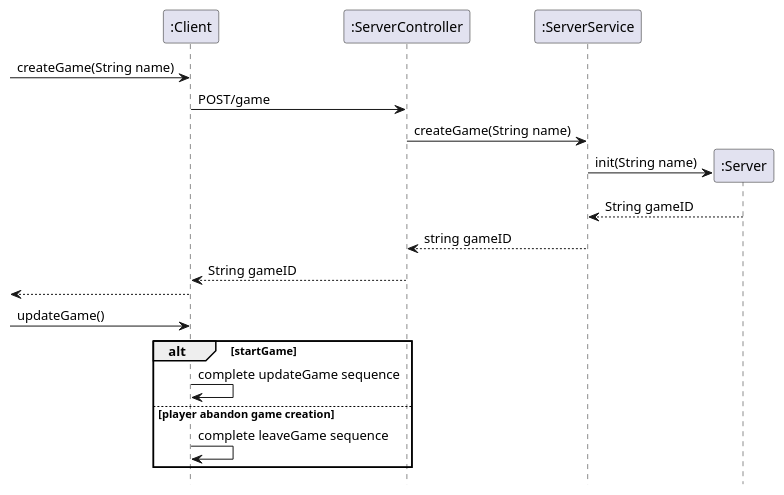
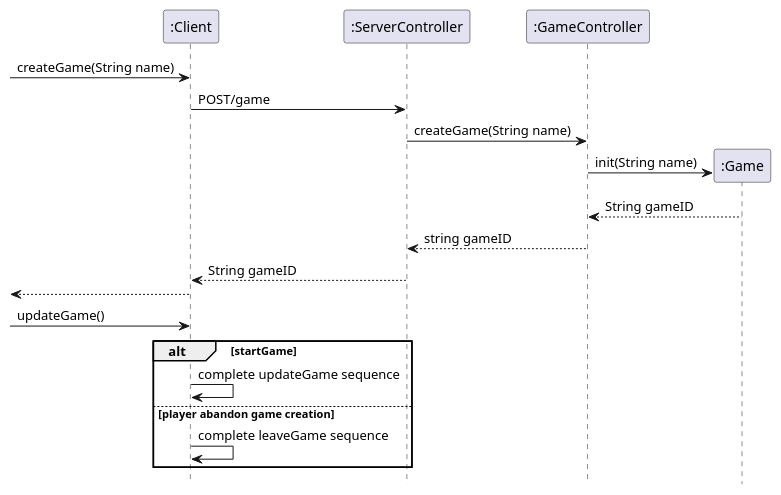
The diagram in diagrams/Server SSD's/Create_Game.puml (MikaelFangel/RoboRally), drawn with PlantUML before and after one commit. The commit also changed 7 other files, not shown here.

```diff
--- a/diagrams/Server SSD's/Create_Game.puml
+++ b/diagrams/Server SSD's/Create_Game.puml
@@ -1,26 +1,26 @@
 @startuml
 'https://plantuml.com/sequence-diagram
 
 hide footbox
 
 Participant ":Client" as client
 Participant ":ServerController" as server
-Participant ":ServerService" as service
-participant ":Server" as game
+Participant ":GameController" as gameController
+participant ":Game" as game
 
 -> client : createGame(String name)
 client -> server : POST/game
-server -> service : createGame(String name)
-service -> game ** : init(String name)
-service <-- game : String gameID
-server <-- service : string gameID
+server -> gameController : createGame(String name)
+gameController -> game ** : init(String name)
+gameController <-- game : String gameID
+server <-- gameController : string gameID
 client <-- server : String gameID
 <-- client
 -> client : updateGame()
 alt startGame
     client->client : complete updateGame sequence
 else player abandon game creation
     client->client : complete leaveGame sequence
 end
 
 @enduml
```
